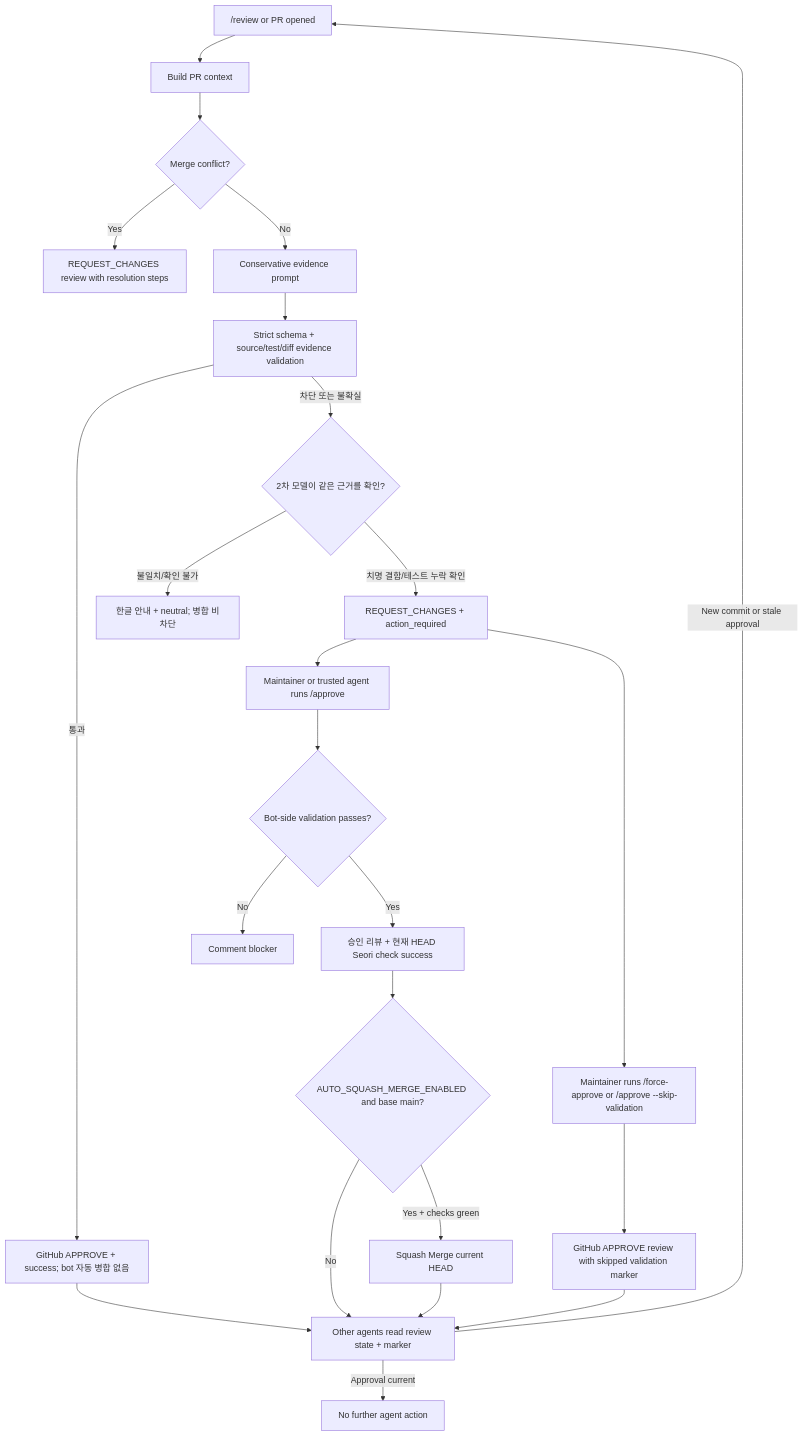
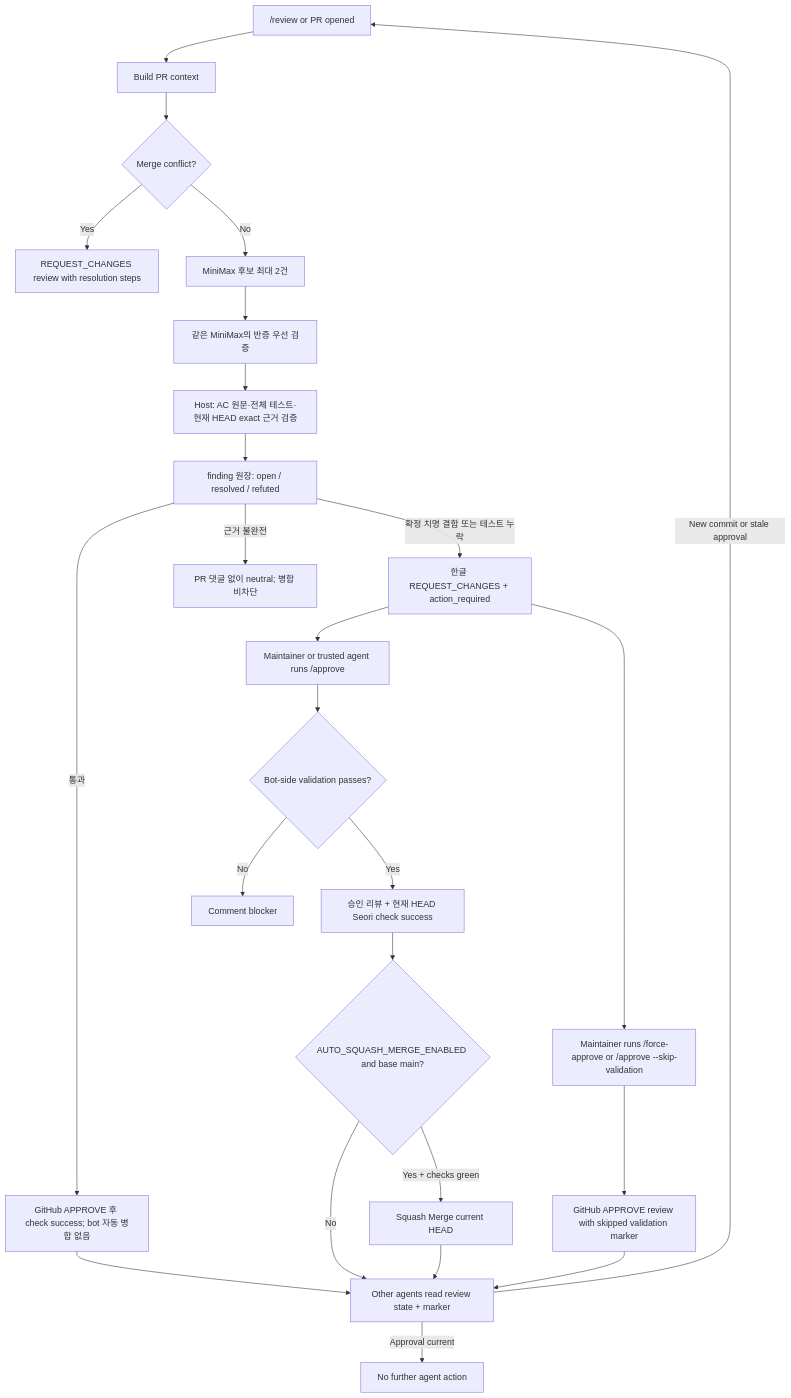
The second of 4 diagrams in README.md (seorilabs/gemini-pr-bot), drawn with Mermaid before and after one commit. The commit also changed other lines of this file and 23 other files, not shown here.

Commit message:
feat: MiniMax 보수적 리뷰 게이트 강화

````diff
--- a/README.md
+++ b/README.md
@@ -84,26 +84,27 @@
 ```mermaid
 flowchart TD
   Review["/review or PR opened"] --> Context["Build PR context"]
   Context --> Conflict{"Merge conflict?"}
   Conflict -->|Yes| RequestChanges["REQUEST_CHANGES review with resolution steps"]
-  Conflict -->|No| AI["Conservative evidence prompt"]
-  AI --> Validate["Strict schema + source/test/diff evidence validation"]
-  Validate -->|"차단 또는 불확실"| Confirm{"2차 모델이 같은 근거를 확인?"}
-  Confirm -->|"치명 결함/테스트 누락 확인"| Output["REQUEST_CHANGES + action_required"]
-  Confirm -->|"불일치/확인 불가"| Neutral["한글 안내 + neutral; 병합 비차단"]
-  Validate -->|통과| GateApproval["GitHub APPROVE + success; bot 자동 병합 없음"]
+  Conflict -->|No| Candidate["MiniMax 후보 최대 2건"]
+  Candidate --> Verifier["같은 MiniMax의 반증 우선 검증"]
+  Verifier --> Host["Host: AC 원문·전체 테스트·현재 HEAD exact 근거 검증"]
+  Host --> Ledger["finding 원장: open / resolved / refuted"]
+  Ledger -->|"확정 치명 결함 또는 테스트 누락"| Output["한글 REQUEST_CHANGES + action_required"]
+  Ledger -->|"근거 불완전"| Neutral["PR 댓글 없이 neutral; 병합 비차단"]
+  Ledger -->|통과| GateApproval["GitHub APPROVE 후 check success; bot 자동 병합 없음"]
   Output --> Approve["Maintainer or trusted agent runs /approve"]
   Approve --> Validation{"Bot-side validation passes?"}
   Validation -->|Yes| Approval["승인 리뷰 + 현재 HEAD Seori check success"]
   Validation -->|No| Block["Comment blocker"]
   Output --> ForceApprove["Maintainer runs /force-approve or /approve --skip-validation"]
   ForceApprove --> ForceApproval["GitHub APPROVE review with skipped validation marker"]
   GateApproval --> Agent
   Approval --> AutoMerge{"AUTO_SQUASH_MERGE_ENABLED and base main?"}
   AutoMerge -->|Yes + checks green| Squash["Squash Merge current HEAD"]
   AutoMerge -->|No| Agent
   Squash --> Agent
   ForceApproval --> Agent["Other agents read review state + marker"]
   Agent -->|Approval current| Stop["No further agent action"]
   Agent -->|New commit or stale approval| Review
 ```
````
